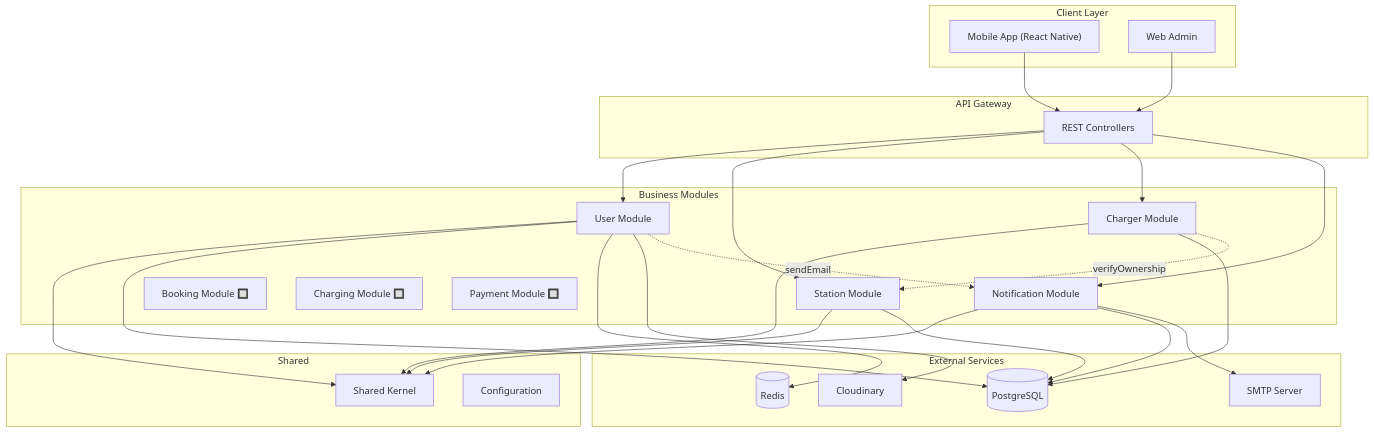
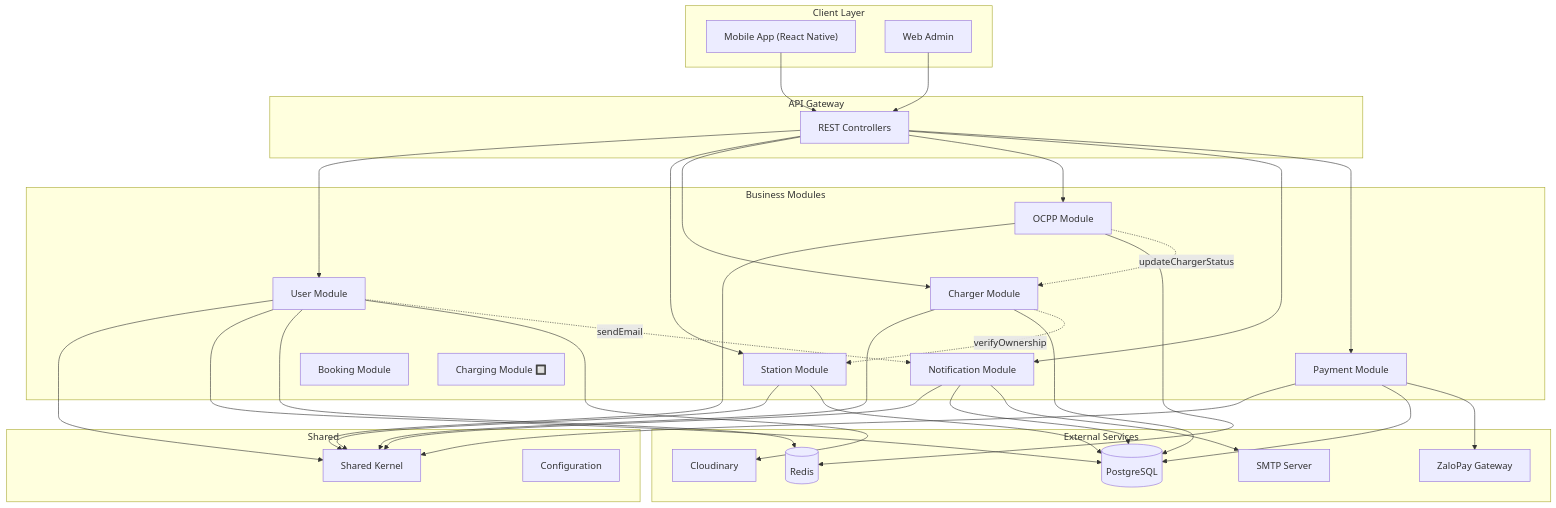
Before and after one commit to Sherllgen/DATN: the first of 2 diagrams in evgo/docs/backend-features-overview.md, drawn with Mermaid. The commit also changed other lines of this file and 49 other files, not shown here.

First line of the commit message:
booking: implement for booking module and add hardware reservation (OCPP)

````diff
--- a/evgo/docs/backend-features-overview.md
+++ b/evgo/docs/backend-features-overview.md
@@ -26,57 +27,67 @@
 ```mermaid
 flowchart TB
     subgraph Client["Client Layer"]
         Mobile["Mobile App (React Native)"]
         Web["Web Admin"]
     end
 
     subgraph API["API Gateway"]
         Controller["REST Controllers"]
     end
 
     subgraph Modules["Business Modules"]
         User["User Module"]
         Station["Station Module"]
         Charger["Charger Module"]
+        OCPP["OCPP Module"]
         Notification["Notification Module"]
-        Booking["Booking Module 🔲"]
+        Payment["Payment Module"]
+        Booking["Booking Module"]
         Charging["Charging Module 🔲"]
-        Payment["Payment Module 🔲"]
     end
 
     subgraph Shared["Shared"]
         SK["Shared Kernel"]
         Config["Configuration"]
     end
 
     subgraph External["External Services"]
         DB[(PostgreSQL)]
         Redis[(Redis)]
         Cloudinary["Cloudinary"]
         Email["SMTP Server"]
+        ZaloPay["ZaloPay Gateway"]
     end
 
     Mobile --> Controller
     Web --> Controller
     Controller --> User
     Controller --> Station
     Controller --> Charger
+    Controller --> OCPP
     Controller --> Notification
+    Controller --> Payment
 
     User --> SK
     Station --> SK
     Charger --> SK
+    OCPP --> SK
     Notification --> SK
+    Payment --> SK
 
     User --> DB
     Station --> DB
     Charger --> DB
     Notification --> DB
+    Payment --> DB
 
     User --> Redis
+    OCPP --> Redis
     User --> Cloudinary
     Notification --> Email
+    Payment --> ZaloPay
 
     Charger -.->|verifyOwnership| Station
     User -.->|sendEmail| Notification
+    OCPP -.->|updateChargerStatus| Charger
 ```
````
